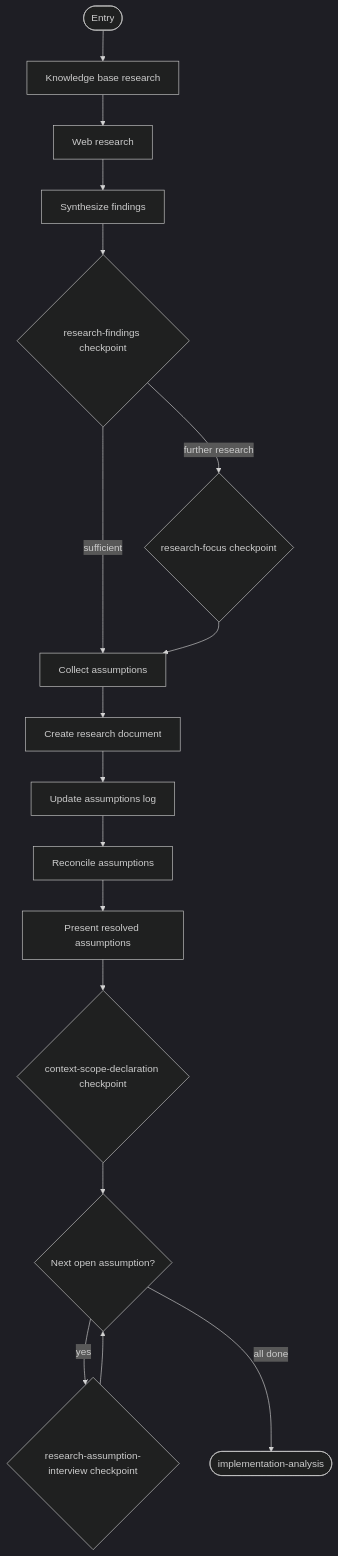
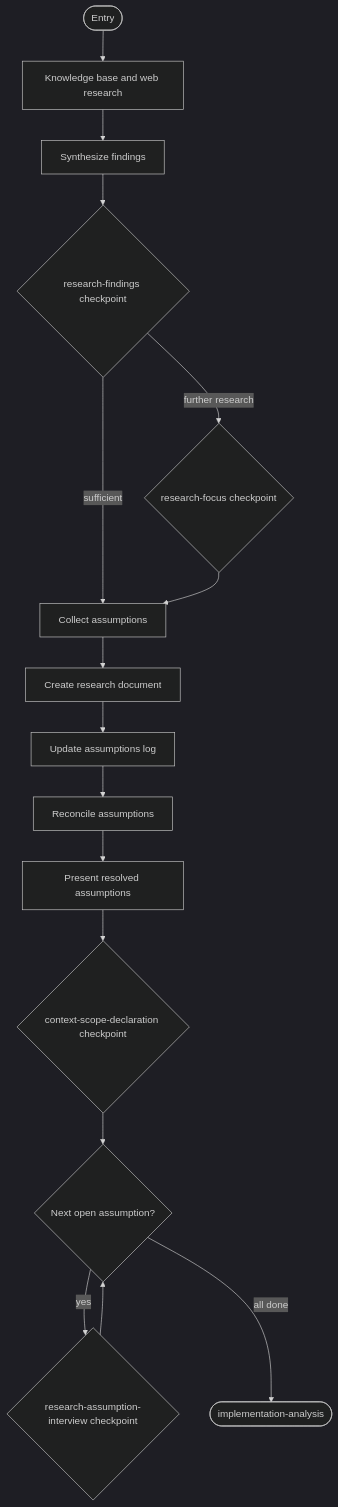
The fourth of 14 diagrams in work-package/activities/README.md (m2ux/workflow-server), drawn with Mermaid (dark theme) before and after one commit. The commit also changed other lines of this file and 16 other files, not shown here.

First line of the commit message:
docs: eliminate prose + mermaid staleness in migrated workflow READMEs

````diff
--- a/work-package/activities/README.md
+++ b/work-package/activities/README.md
@@ -287,20 +281,19 @@
 ```mermaid
 graph TD
-    entryNode(["Entry"]) --> kbResearch["Knowledge base research"]
-    kbResearch --> webResearch["Web research"]
-    webResearch --> synthesize["Synthesize findings"]
+    entryNode(["Entry"]) --> kbResearch["Knowledge base and web research"]
+    kbResearch --> synthesize["Synthesize findings"]
     synthesize --> cpFindings{"research-findings checkpoint"}
     cpFindings -->|"sufficient"| collectAssumptions["Collect assumptions"]
     cpFindings -->|"further research"| cpFocus{"research-focus checkpoint"}
     cpFocus --> collectAssumptions
 
     collectAssumptions --> createDoc["Create research document"]
     createDoc --> updateLog["Update assumptions log"]
     updateLog --> reconcile["Reconcile assumptions"]
     reconcile --> presentResolved["Present resolved assumptions"]
     presentResolved --> cpScope{"context-scope-declaration checkpoint"}
     cpScope --> interviewLoop{"Next open assumption?"}
     interviewLoop -->|"yes"| cpInterview{"research-assumption-interview checkpoint"}
     cpInterview --> interviewLoop
     interviewLoop -->|"all done"| exitNode(["implementation-analysis"])
 ```
````
